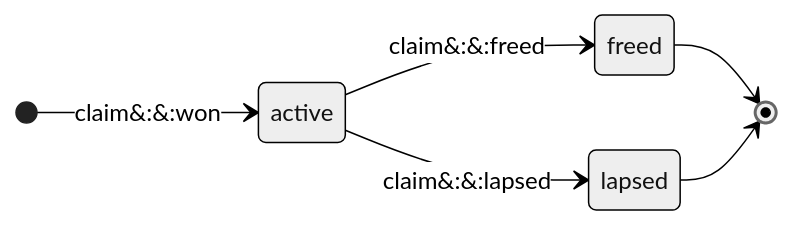
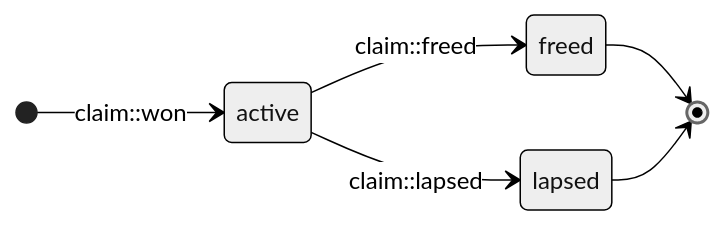
Before and after one commit to infimalabs/spice: the second of 14 diagrams in docs/loops.md, drawn with Mermaid (neutral theme). The commit also changed other lines of this file, not shown here.

Commit message:
docs: Render the loop state diagrams on GitHub DOCS-dYrNgkndc

````diff
--- a/docs/loops.md
+++ b/docs/loops.md
@@ -28,9 +28,9 @@
 ```mermaid
 stateDiagram-v2
   direction LR
-  [*] --> active: claim&#58;&#58;won
-  active --> freed: claim&#58;&#58;freed
-  active --> lapsed: claim&#58;&#58;lapsed
+  [*] --> active: claim#58;#58;won
+  active --> freed: claim#58;#58;freed
+  active --> lapsed: claim#58;#58;lapsed
   freed --> [*]
   lapsed --> [*]
 ```
````
